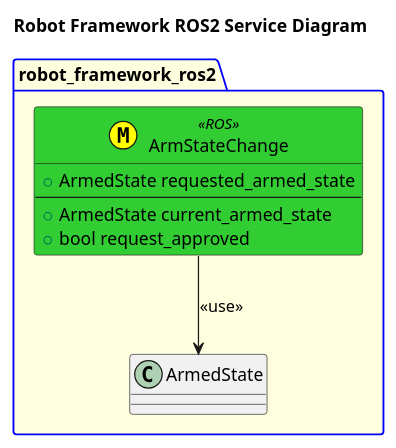
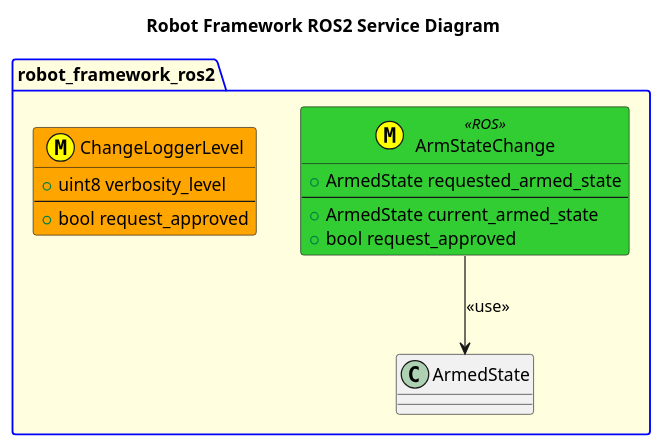
One commit to fastrobotics/robot_framework_ros2 changed the diagram in srv/puml/RobotFrameworkROS2ServiceDiagram.puml. Above: the diagram before and after it, drawn with PlantUML. The commit also changed 23 other files, not shown here.

```diff
--- a/srv/puml/RobotFrameworkROS2ServiceDiagram.puml
+++ b/srv/puml/RobotFrameworkROS2ServiceDiagram.puml
@@ -1,13 +1,18 @@
 @startuml
 title Robot Framework ROS2 Service Diagram
 package robot_framework_ros2 #LightYellow;line:blue {
     class ArmStateChange <<(M,#FFFF00)>> <<ROS>> #LimeGreen {
         +ArmedState requested_armed_state
         ---
         +ArmedState current_armed_state
         +bool request_approved
     }
     ArmStateChange --> ArmedState: <<use>>
+    class ChangeLoggerLevel <<(M,#FFFF00)<< <<ROS2>> #Orange {
+        +uint8 verbosity_level
+        ---
+        +bool request_approved
+    }
 
 }
 @enduml
```
